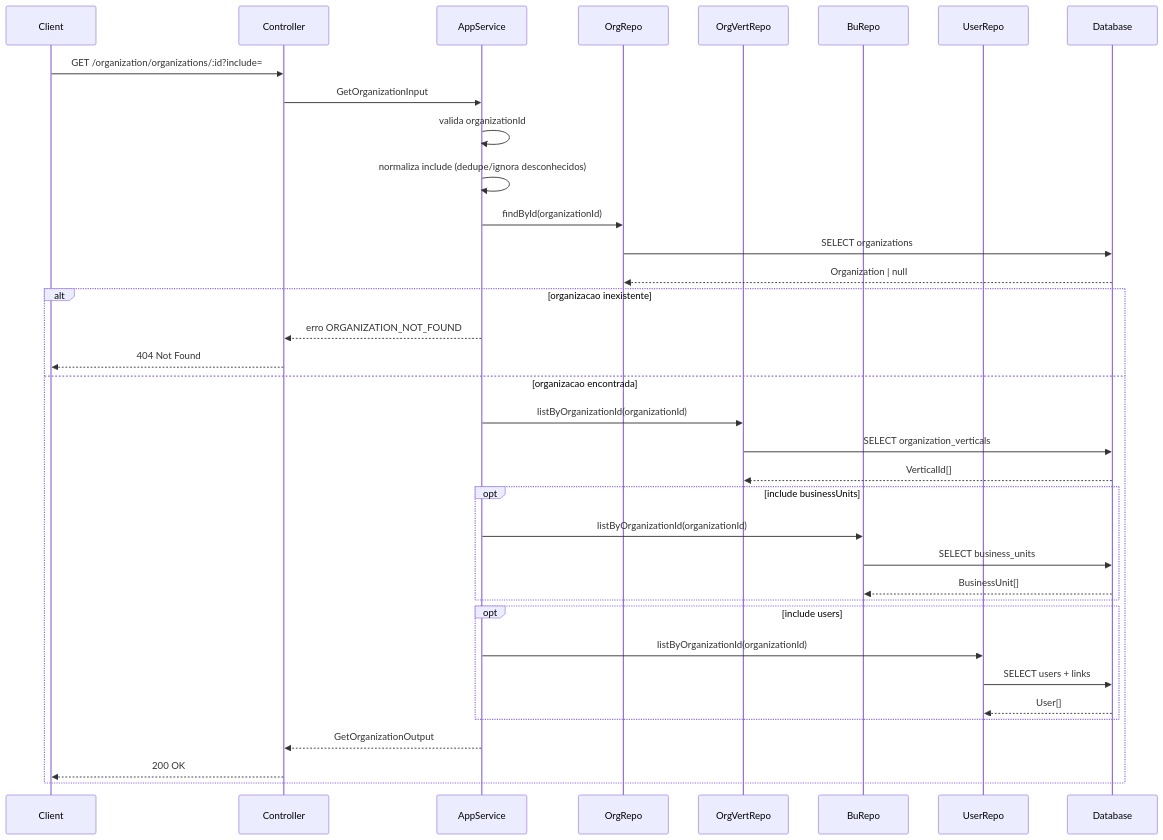
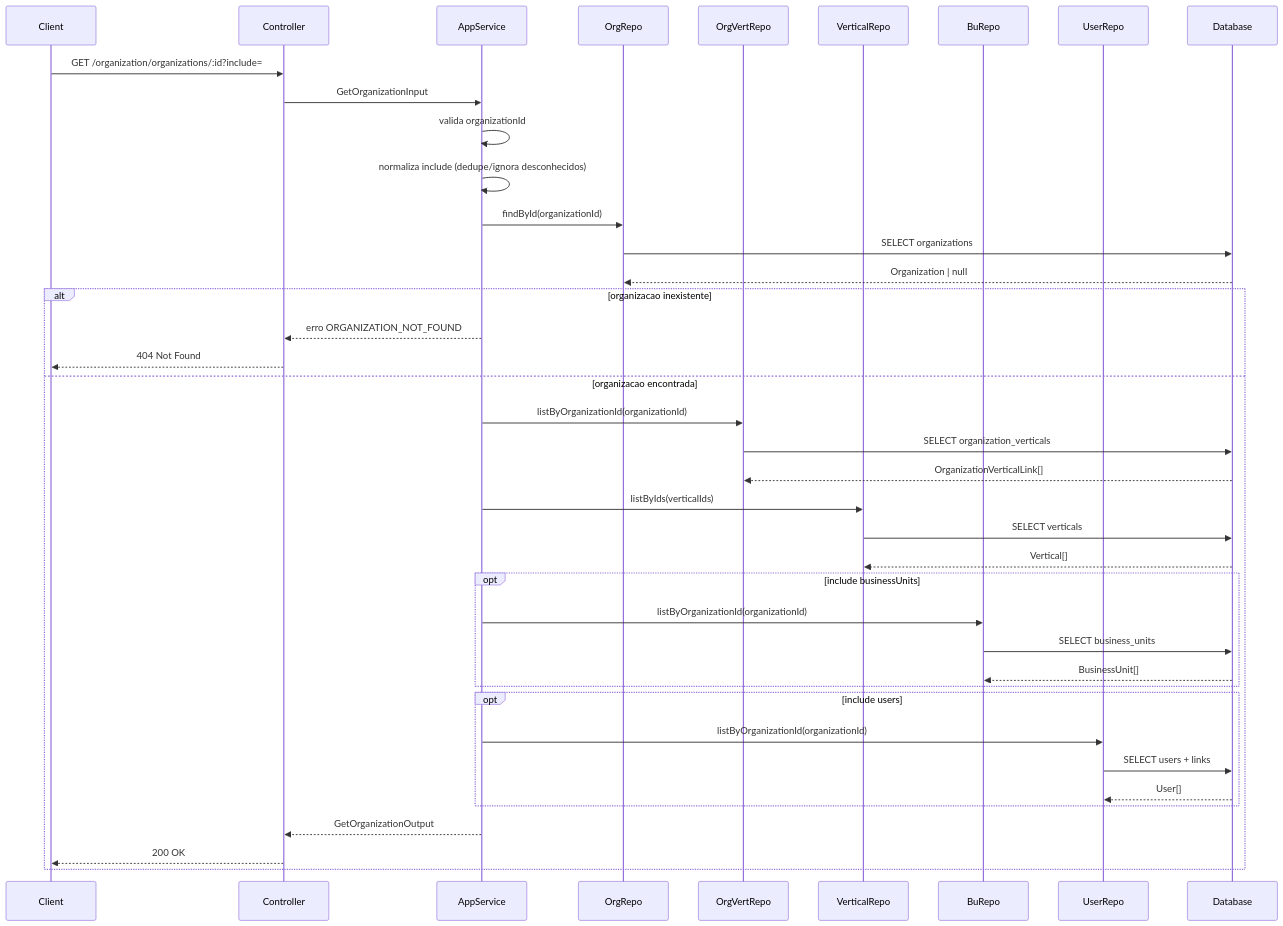
One commit to CSousa-Dev/smart-delivery changed the second of 11 diagrams in specs/modules/organization/06-get-organization/design.md. Above: the diagram before and after it, drawn with Mermaid. The commit also changed other lines of this file and 107 other files, not shown here.

Commit message:
feat(organization): vertical links and endpoints

````diff
--- a/specs/modules/organization/06-get-organization/design.md
+++ b/specs/modules/organization/06-get-organization/design.md
@@ -167,45 +194,50 @@
 ```mermaid
 sequenceDiagram
     participant Client
     participant Controller
     participant AppService
     participant OrgRepo
     participant OrgVertRepo
+    participant VerticalRepo
     participant BuRepo
     participant UserRepo
     participant Database
 
     Client->>Controller: GET /organization/organizations/:id?include=
     Controller->>AppService: GetOrganizationInput
 
     AppService->>AppService: valida organizationId
     AppService->>AppService: normaliza include (dedupe/ignora desconhecidos)
 
     AppService->>OrgRepo: findById(organizationId)
     OrgRepo->>Database: SELECT organizations
     Database-->>OrgRepo: Organization | null
 
     alt organizacao inexistente
         AppService-->>Controller: erro ORGANIZATION_NOT_FOUND
         Controller-->>Client: 404 Not Found
     else organizacao encontrada
         AppService->>OrgVertRepo: listByOrganizationId(organizationId)
         OrgVertRepo->>Database: SELECT organization_verticals
-        Database-->>OrgVertRepo: VerticalId[]
+        Database-->>OrgVertRepo: OrganizationVerticalLink[]
+
+        AppService->>VerticalRepo: listByIds(verticalIds)
+        VerticalRepo->>Database: SELECT verticals
+        Database-->>VerticalRepo: Vertical[]
 
         opt include businessUnits
             AppService->>BuRepo: listByOrganizationId(organizationId)
             BuRepo->>Database: SELECT business_units
             Database-->>BuRepo: BusinessUnit[]
         end
 
         opt include users
             AppService->>UserRepo: listByOrganizationId(organizationId)
             UserRepo->>Database: SELECT users + links
             Database-->>UserRepo: User[]
         end
 
         AppService-->>Controller: GetOrganizationOutput
         Controller-->>Client: 200 OK
     end
 ```
````
